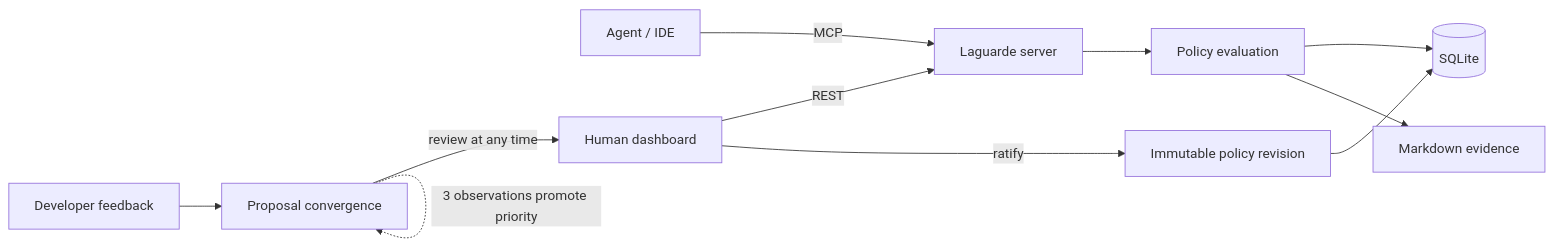
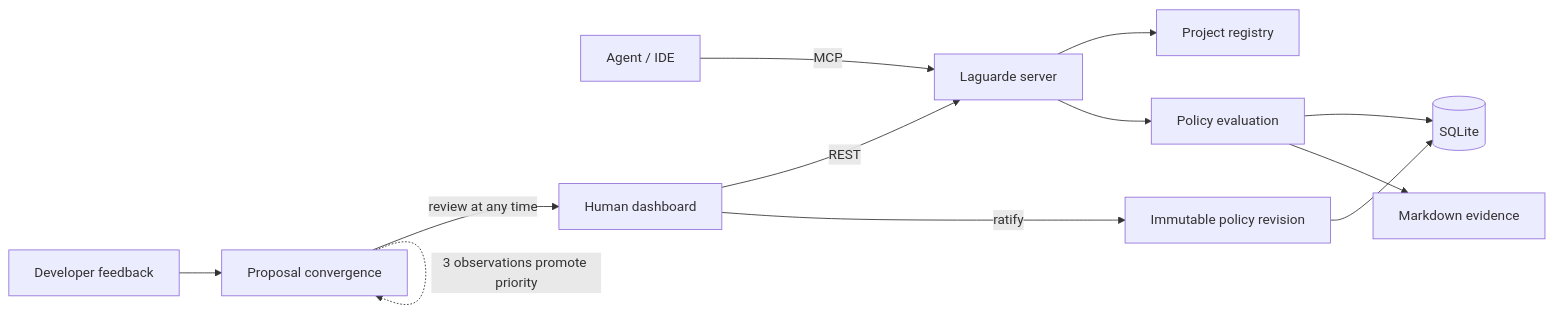
The diagram in README.md (FuturPanda/laguarde), drawn with Mermaid before and after one commit. The commit also changed other lines of this file and 26 other files, not shown here.

````diff
--- a/README.md
+++ b/README.md
@@ -107,13 +111,14 @@
 ```mermaid
 flowchart LR
   A[Agent / IDE] -->|MCP| M[Laguarde server]
   H[Human dashboard] -->|REST| M
+  M --> J[Project registry]
   M --> P[Policy evaluation]
   P --> D[(SQLite)]
   P --> E[Markdown evidence]
   F[Developer feedback] --> Q[Proposal convergence]
   Q -->|review at any time| H
   Q -.->|3 observations promote priority| Q
   H -->|ratify| R[Immutable policy revision]
   R --> D
 ```
````
